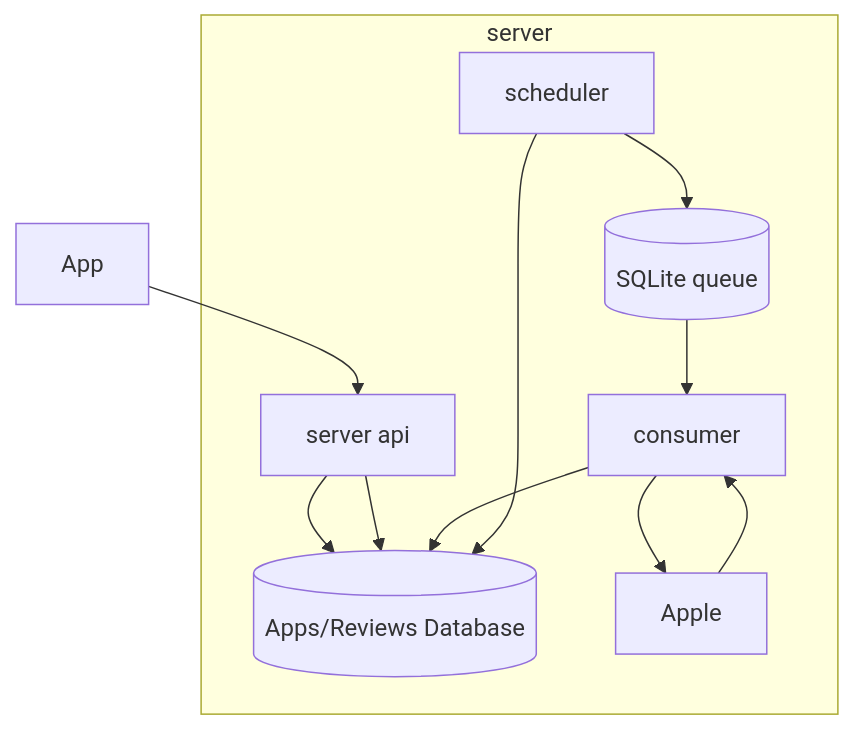
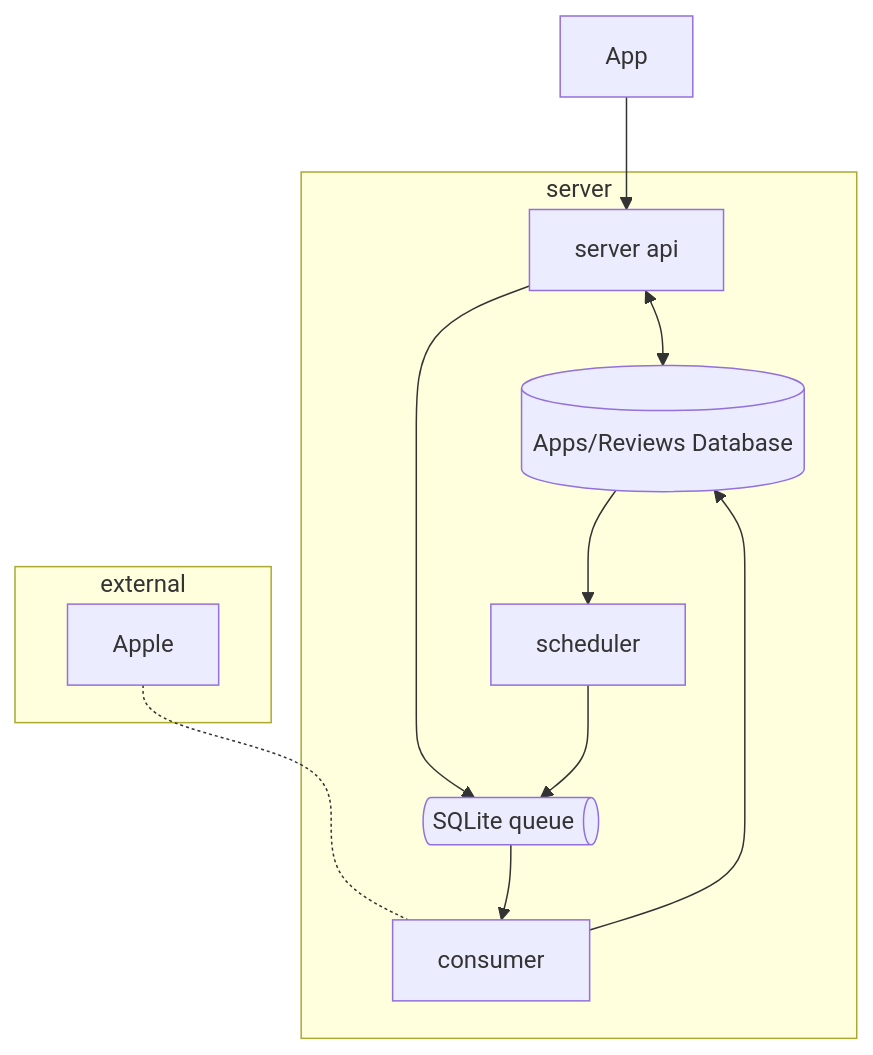
The diagram in README.md (renantatsuo/apps-reviews), drawn with Mermaid before and after one commit. The commit also changed 1 other file, not shown here.

Commit message:
update readme flowcharts

````diff
--- a/README.md
+++ b/README.md
@@ -9,17 +9,19 @@
 ```mermaid
-graph TB
+flowchart TB
     App --> API[server api]
+    Apple -..- consumer
 
-    subgraph "server"
-        API --> DB[(Apps/Reviews Database)]
-        API --> DB
+    subgraph server
+      DB[(Apps/Reviews Database)]
+      queue@{ shape: das, label: "SQLite queue" }
 
-        scheduler --> queue[(SQLite queue)]
-        queue --> consumer
-        consumer --> Apple
-        consumer --> DB
+      API <--> DB
+      API --> queue
 
-        scheduler --> DB
-        Apple --> consumer
+      DB --> scheduler --> queue --> consumer --> DB
+    end
+
+    subgraph external
+      Apple
     end
 ```
````
